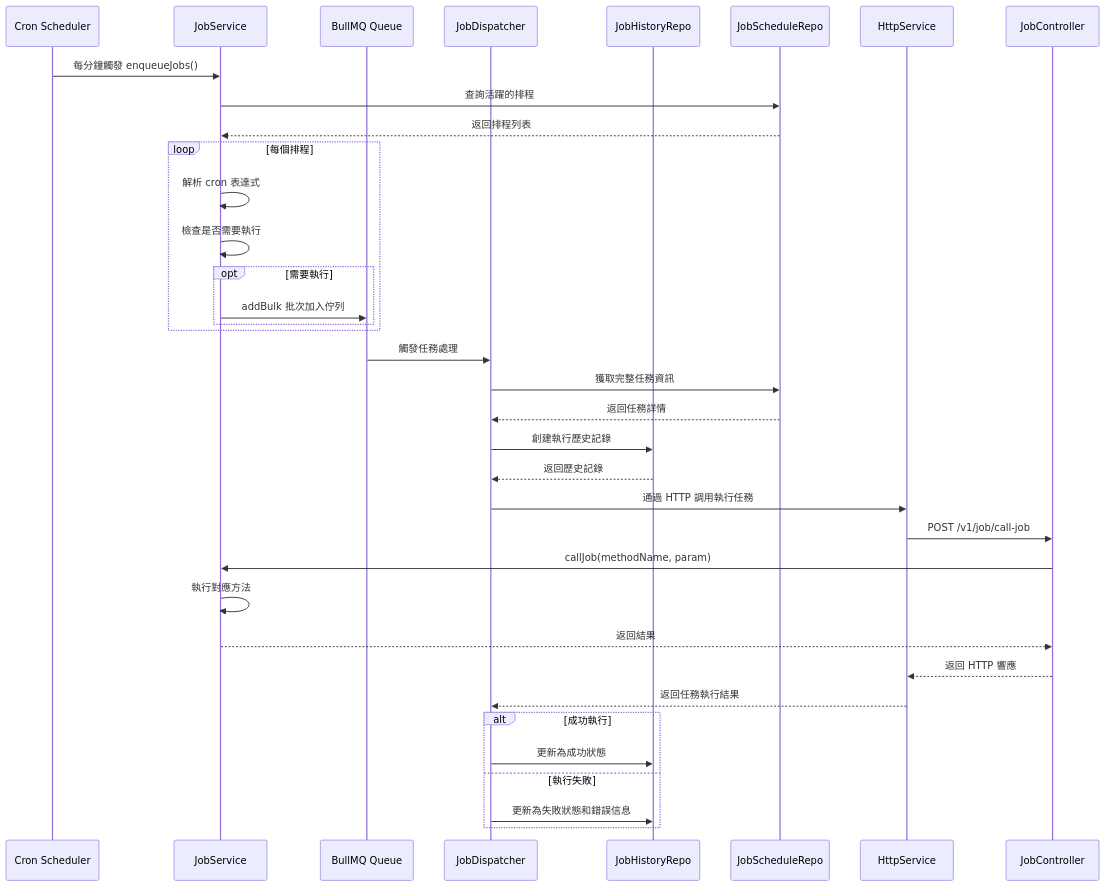
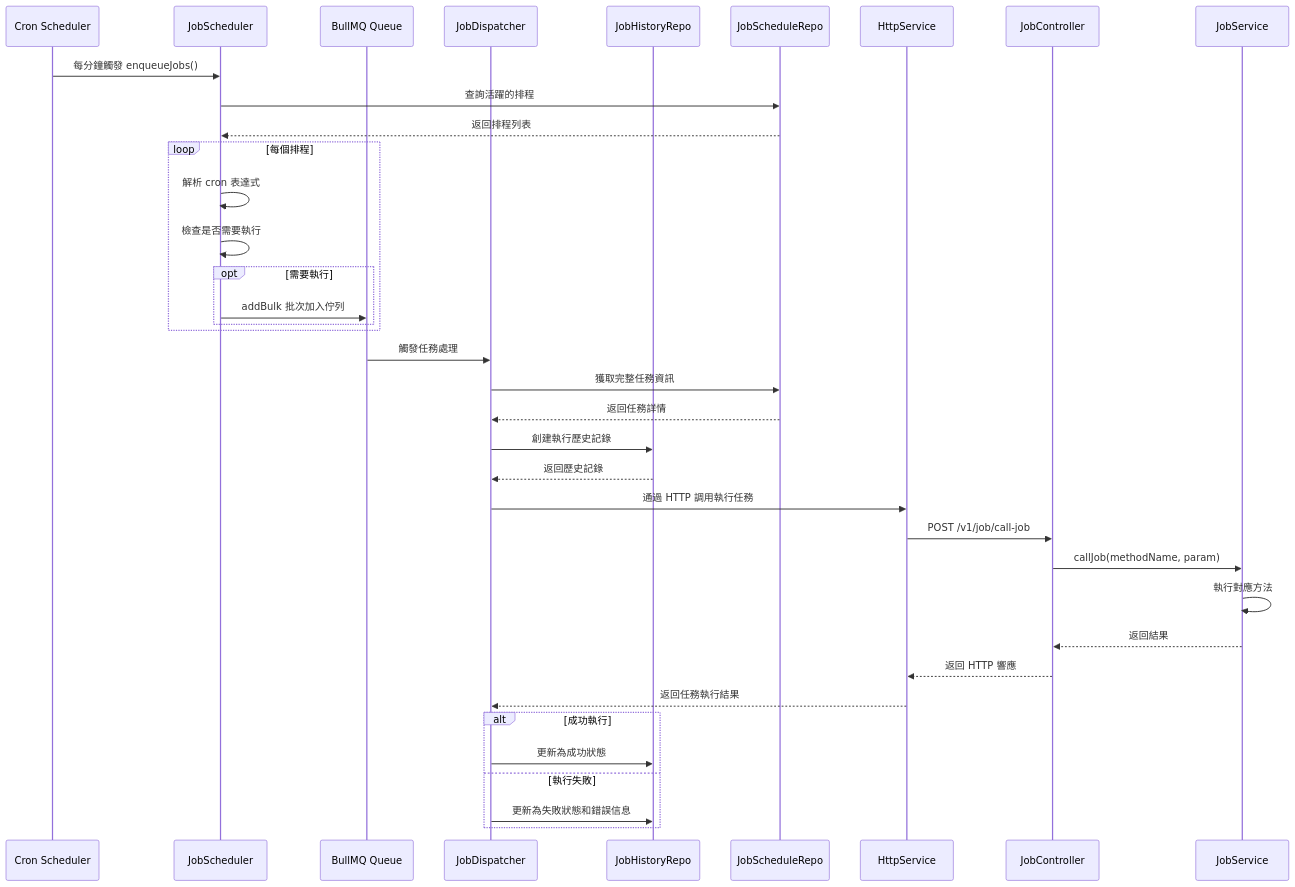
One commit to skull8944/nestjs-react-starter-kit changed the second of 3 diagrams in server/src/modules/job/README.md. Above: the diagram before and after it, drawn with Mermaid. The commit also changed other lines of this file, not shown here.

Commit message:
adjust README in job module

````diff
--- a/server/src/modules/job/README.md
+++ b/server/src/modules/job/README.md
@@ -41,42 +49,43 @@
 ```mermaid
 sequenceDiagram
     participant Cron as Cron Scheduler
-    participant JS as JobService
+    participant JSch as JobScheduler
     participant JQ as BullMQ Queue
     participant JD as JobDispatcher
     participant JH as JobHistoryRepo
     participant JS2 as JobScheduleRepo
     participant HTTP as HttpService
     participant JC as JobController
-    
-    Cron->>JS: 每分鐘觸發 enqueueJobs()
-    JS->>JS2: 查詢活躍的排程
-    JS2-->>JS: 返回排程列表
+    participant JS as JobService
+  
+    Cron->>JSch: 每分鐘觸發 enqueueJobs()
+    JSch->>JS2: 查詢活躍的排程
+    JS2-->>JSch: 返回排程列表
     loop 每個排程
-        JS->>JS: 解析 cron 表達式
-        JS->>JS: 檢查是否需要執行
+        JSch->>JSch: 解析 cron 表達式
+        JSch->>JSch: 檢查是否需要執行
         opt 需要執行
-            JS->>JQ: addBulk 批次加入佇列
+            JSch->>JQ: addBulk 批次加入佇列
         end
     end
-    
+  
     JQ->>JD: 觸發任務處理
     JD->>JS2: 獲取完整任務資訊
     JS2-->>JD: 返回任務詳情
     JD->>JH: 創建執行歷史記錄
     JH-->>JD: 返回歷史記錄
-    
+  
     JD->>HTTP: 通過 HTTP 調用執行任務
     HTTP->>JC: POST /v1/job/call-job
     JC->>JS: callJob(methodName, param)
     JS->>JS: 執行對應方法
     JS-->>JC: 返回結果
     JC-->>HTTP: 返回 HTTP 響應
     HTTP-->>JD: 返回任務執行結果
-    
+  
     alt 成功執行
         JD->>JH: 更新為成功狀態
     else 執行失敗
         JD->>JH: 更新為失敗狀態和錯誤信息
     end
 ```
````
